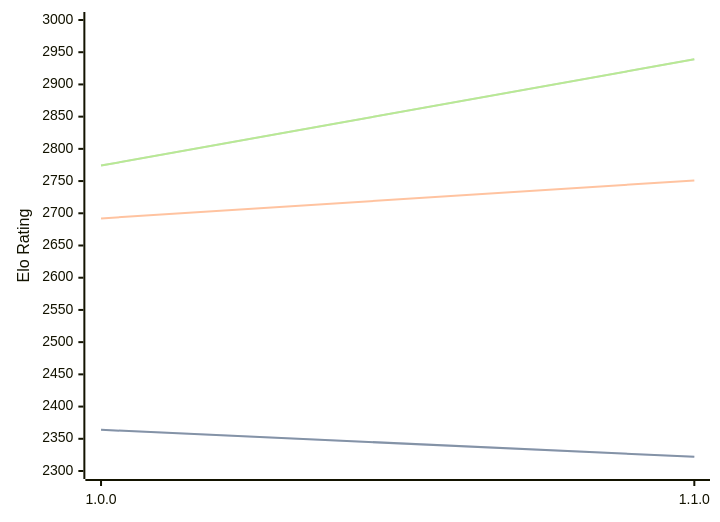
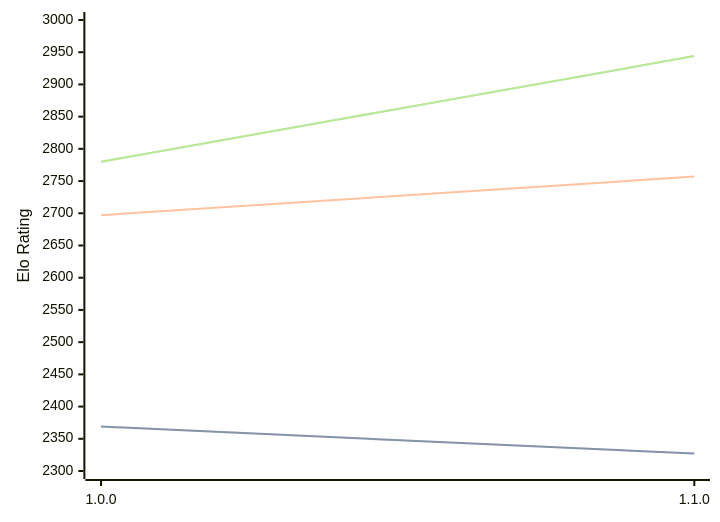
Before and after one commit to computer-chess-index/cci: the diagram in engines/ShallowGuess.md, drawn with Mermaid. The commit also changed other lines of this file, not shown here.

Commit message:
Update CCI Ratings (ELO VLTC) - 2026-04-14

````diff
--- a/engines/ShallowGuess.md
+++ b/engines/ShallowGuess.md
@@ -36,11 +36,11 @@
 ```mermaid
 %%{init: {"theme":"base","themeVariables":{"seriesColors:['#a3a3a3','#222221','#faa371']}}}%%
 xychart-beta
   x-axis ["1.0.0", "1.1.0"]
   y-axis "Elo Rating" 2300 --> 3000
-  line "STC (8.0+0.08s)" [2364, 2322]
-  line "STC (8.0+0.08s)" [2364, 2322]
-  line "LTC (60.0+0.60s)" [2692, 2751]
-  line "VLTC (2m24s+1.12s)" [2774, 2939]
-  line "VLTC (2m24s+1.12s)" [2774, 2939]
+  line "STC (8.0+0.08s)" [2369, 2327]
+  line "STC (8.0+0.08s)" [2369, 2327]
+  line "LTC (60.0+0.60s)" [2697, 2757]
+  line "VLTC (2m24s+1.12s)" [2780, 2944]
+  line "VLTC (2m24s+1.12s)" [2780, 2944]
 ```
````
